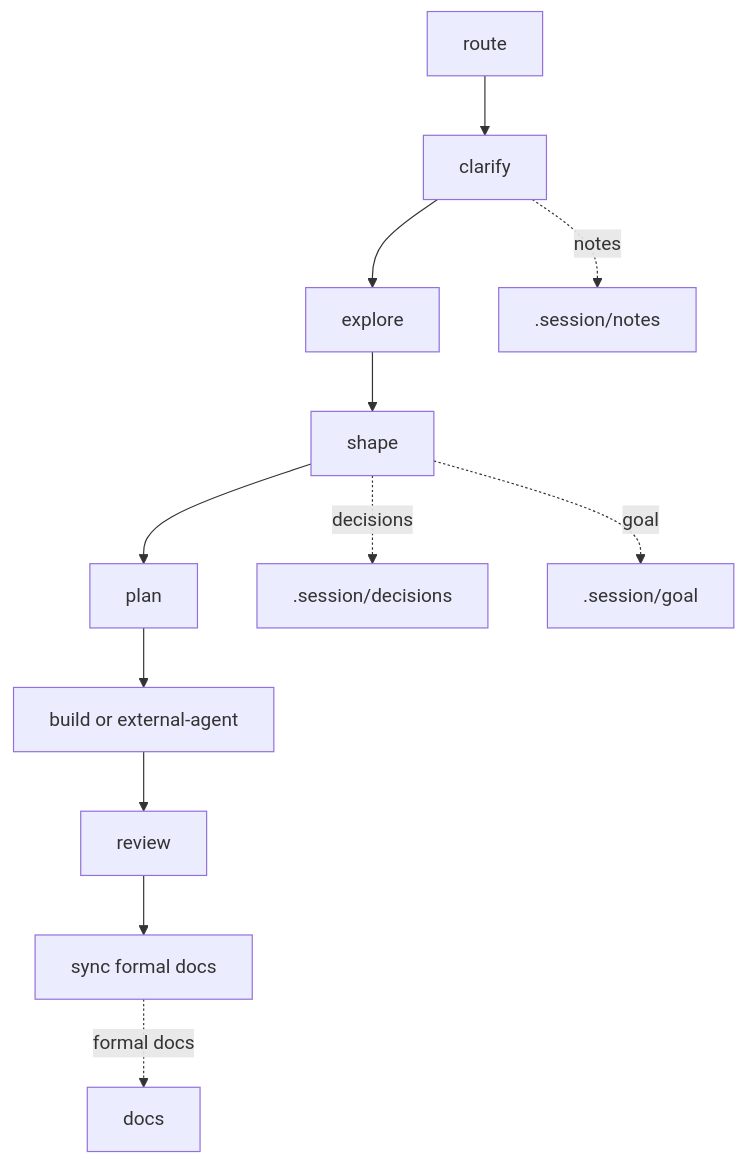
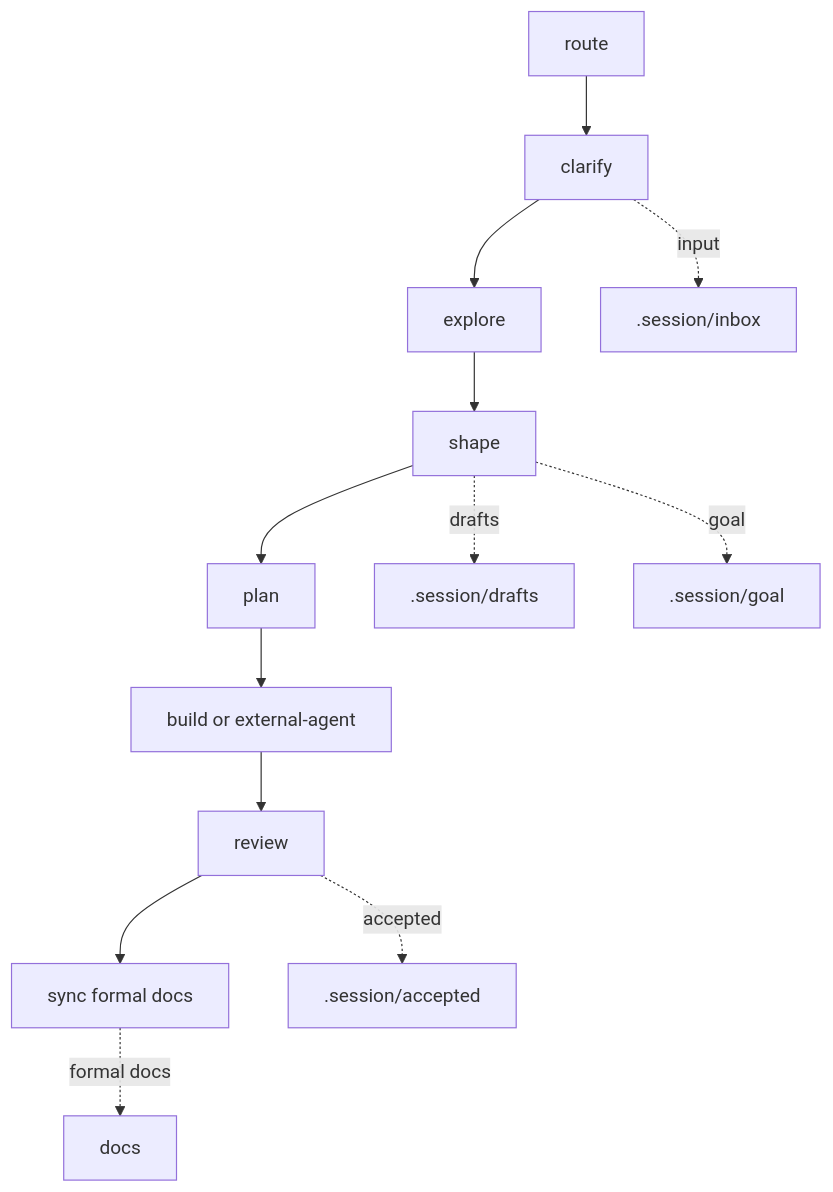
One commit to FlutteryEmbers/workflow changed the diagram in .workflow/README.md. Above: the diagram before and after it, drawn with Mermaid. The commit also changed other lines of this file and 32 other files, not shown here.

````diff
--- a/.workflow/README.md
+++ b/.workflow/README.md
@@ -7,15 +7,16 @@
 ```mermaid
 graph TD
     R["route"] --> C["clarify"]
     C --> E["explore"]
     E --> S["shape"]
     S --> P["plan"]
     P --> B["build or external-agent"]
     B --> V["review"]
     V --> Y["sync formal docs"]
 
-    C -. "notes" .-> N[".session/notes"]
-    S -. "decisions" .-> D[".session/decisions"]
+    C -. "input" .-> N[".session/inbox"]
+    S -. "drafts" .-> D[".session/drafts"]
+    V -. "accepted" .-> A[".session/accepted"]
     S -. "goal" .-> G[".session/goal"]
     Y -. "formal docs" .-> F["docs"]
 ```
````
